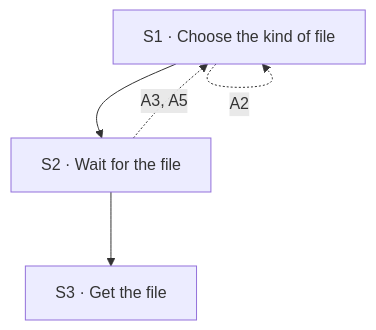
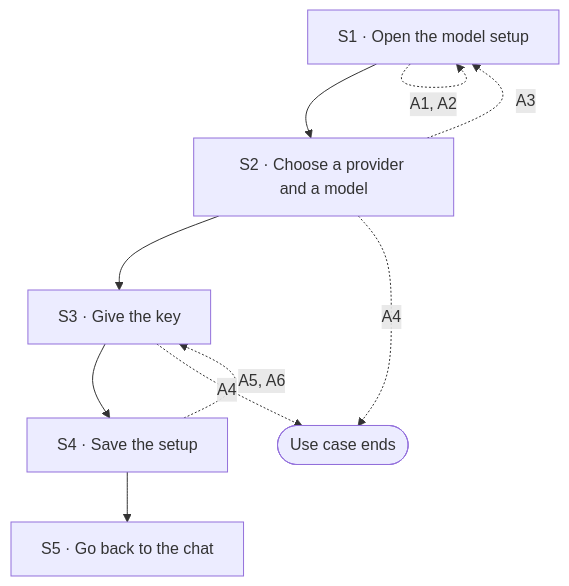
One commit to Luke23127006/DeckAgent changed the diagram in docs/spec/03-use-cases/UC-005.md. Above: the diagram before and after it, drawn with Mermaid. The commit also changed other lines of this file and 27 other files, not shown here.

First line of the commit message:
docs(spec): expand behavioral model, add version scope rules, normalize use case IDs

````diff
--- a/docs/spec/03-use-cases/UC-005.md
+++ b/docs/spec/03-use-cases/UC-005.md
@@ -18,9 +15,15 @@
 ```mermaid
 flowchart TD
-  S1["S1 · Choose the kind of file"]
-  S2["S2 · Wait for the file"]
-  S3["S3 · Get the file"]
-  S1 --> S2 --> S3
-  S1 -.->|"A2"| S1
-  S2 -.->|"A3, A5"| S1
+  S1["S1 · Open the model setup"]
+  S2["S2 · Choose a provider and a model"]
+  S3["S3 · Give the key"]
+  S4["S4 · Save the setup"]
+  S5["S5 · Go back to the chat"]
+  DONE(["Use case ends"])
+  S1 --> S2 --> S3 --> S4 --> S5
+  S1 -.->|"A1, A2"| S1
+  S2 -.->|"A3"| S1
+  S2 -.->|"A4"| DONE
+  S3 -.->|"A4"| DONE
+  S4 -.->|"A5, A6"| S3
 ```
````
